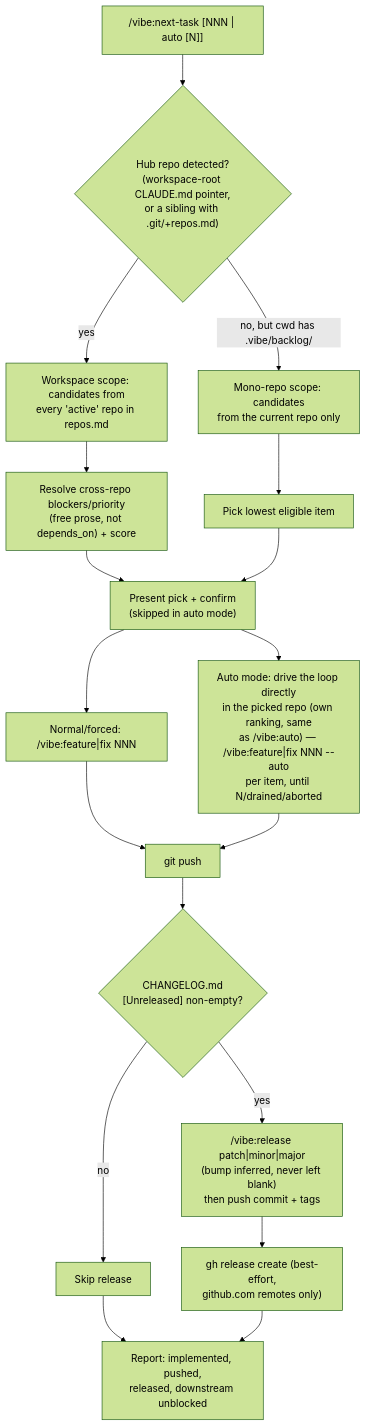
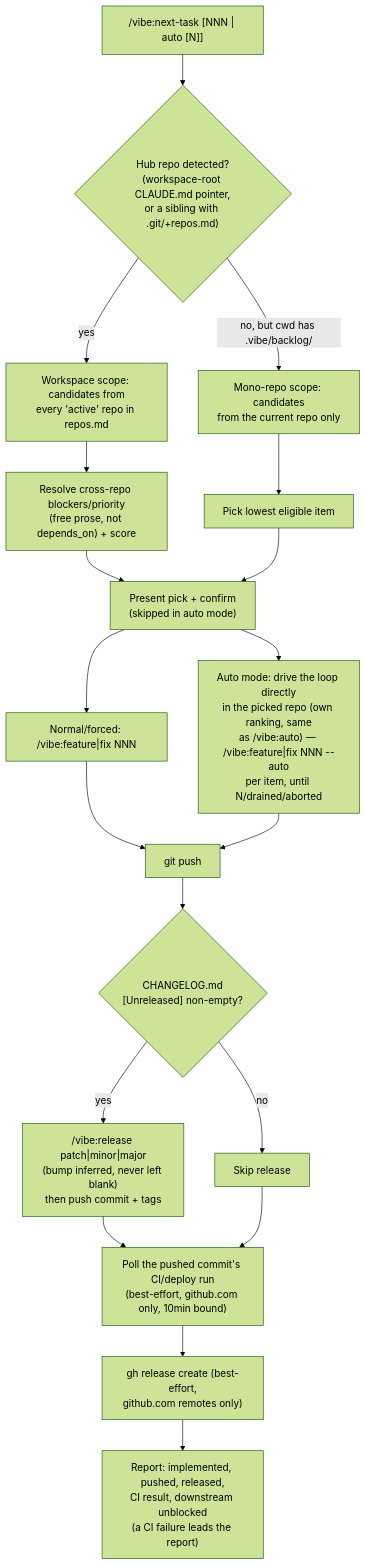
One commit to neolao/claude-plugin-vibe changed the seventh of 7 diagrams in docs/workflows.md. Above: the diagram before and after it, drawn with Mermaid (forest theme). The commit also changed other lines of this file and 3 other files, not shown here.

````diff
--- a/docs/workflows.md
+++ b/docs/workflows.md
@@ -137,20 +137,21 @@
 ```mermaid
 flowchart TD
     A["/vibe:next-task [NNN | auto [N]]"] --> B{"Hub repo detected?<br/>(workspace-root CLAUDE.md pointer,<br/>or a sibling with .git/+repos.md)"}
     B -- yes --> C["Workspace scope: candidates from<br/>every 'active' repo in repos.md"]
     B -- "no, but cwd has .vibe/backlog/" --> D["Mono-repo scope: candidates<br/>from the current repo only"]
     C --> E["Resolve cross-repo blockers/priority<br/>(free prose, not depends_on) + score"]
     D --> F["Pick lowest eligible item"]
     E --> G["Present pick + confirm<br/>(skipped in auto mode)"]
     F --> G
     G --> H1["Normal/forced: /vibe:feature|fix NNN"]
     G --> H2["Auto mode: drive the loop directly<br/>in the picked repo (own ranking, same<br/>as /vibe:auto) — /vibe:feature|fix NNN --auto<br/>per item, until N/drained/aborted"]
     H1 --> I["git push"]
     H2 --> I
     I --> J{"CHANGELOG.md<br/>[Unreleased] non-empty?"}
     J -- yes --> K["/vibe:release patch|minor|major<br/>(bump inferred, never left blank)<br/>then push commit + tags"]
     J -- no --> L["Skip release"]
-    K --> M["gh release create (best-effort,<br/>github.com remotes only)"]
-    L --> N["Report: implemented, pushed,<br/>released, downstream unblocked"]
-    M --> N
+    K --> CI["Poll the pushed commit's CI/deploy run<br/>(best-effort, github.com only, 10min bound)"]
+    L --> CI
+    CI --> M["gh release create (best-effort,<br/>github.com remotes only)"]
+    M --> N["Report: implemented, pushed, released,<br/>CI result, downstream unblocked<br/>(a CI failure leads the report)"]
 ```
````
